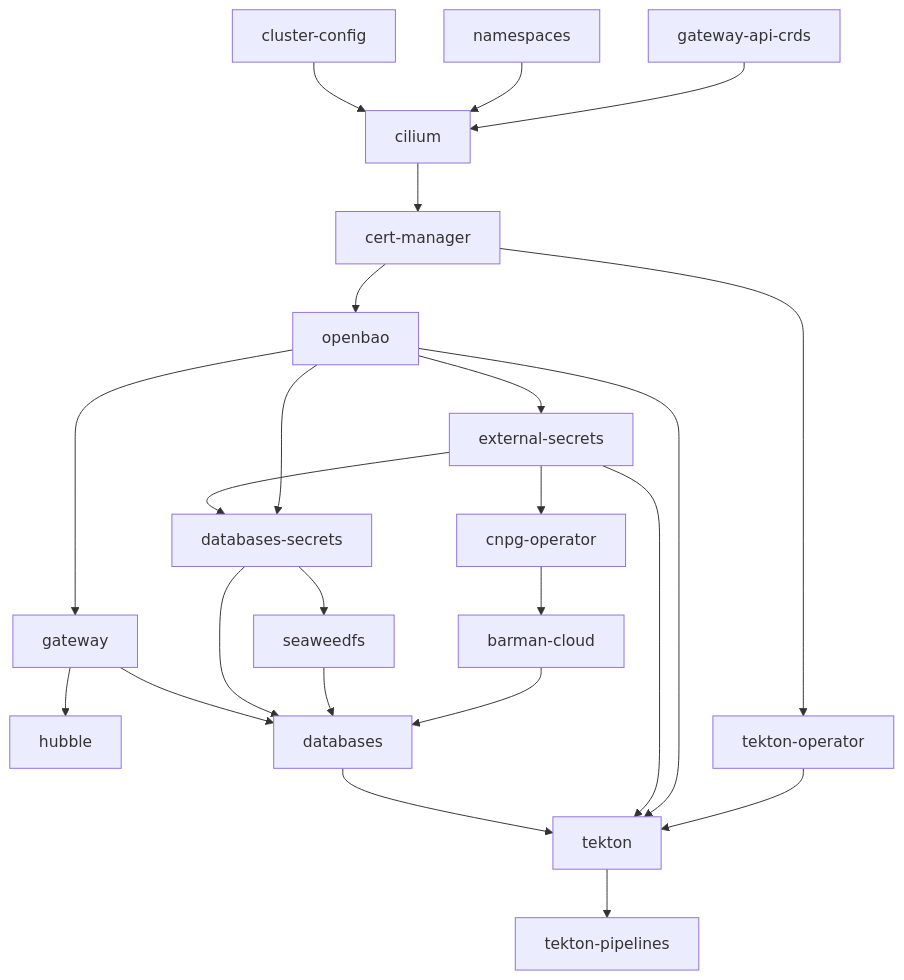
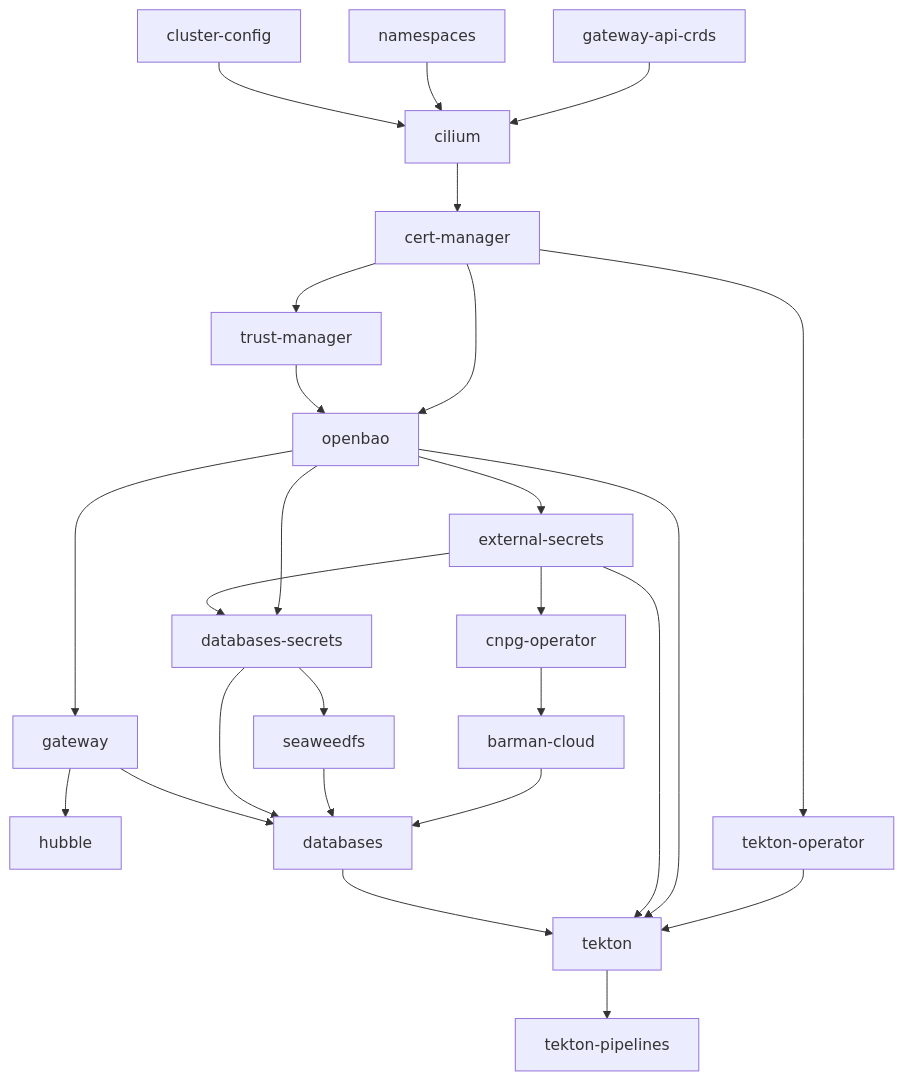
One commit to DragonBishop/data_science_cluster changed the diagram in docs/INSTALLATION.md. Above: the diagram before and after it, drawn with Mermaid. The commit also changed other lines of this file and 11 other files, not shown here.

````diff
--- a/docs/INSTALLATION.md
+++ b/docs/INSTALLATION.md
@@ -355,36 +355,38 @@
 ```mermaid
 flowchart TD
     %% Base Foundations
     crds["gateway-api-crds"] --> cilium["cilium"]
     ns["namespaces"] --> cilium
     cc["cluster-config"] --> cilium
 
     %% Core Services & PKI
     cilium --> certmgr["cert-manager"]
+    certmgr --> trustmgr["trust-manager"]
     certmgr --> openbao["openbao"]
+    trustmgr --> openbao
 
     %% Platform Services
     openbao --> eso["external-secrets"]
     eso --> cnpg["cnpg-operator"]
     cnpg --> barman["barman-cloud"]
 
     openbao --> gw["gateway"]
     gw --> hubble["hubble"]
 
     %% Applications
     openbao --> dbsecrets["databases-secrets"]
     eso --> dbsecrets
     dbsecrets --> seaweedfs["seaweedfs"]
     barman --> db["databases"]
     seaweedfs --> db
     dbsecrets --> db
     gw --> db
 
     %% CI
     certmgr --> tektonop["tekton-operator"]
     tektonop --> tekton["tekton"]
     openbao --> tekton
     eso --> tekton
     db --> tekton
     tekton --> tektonpipelines["tekton-pipelines"]
 ```
````
